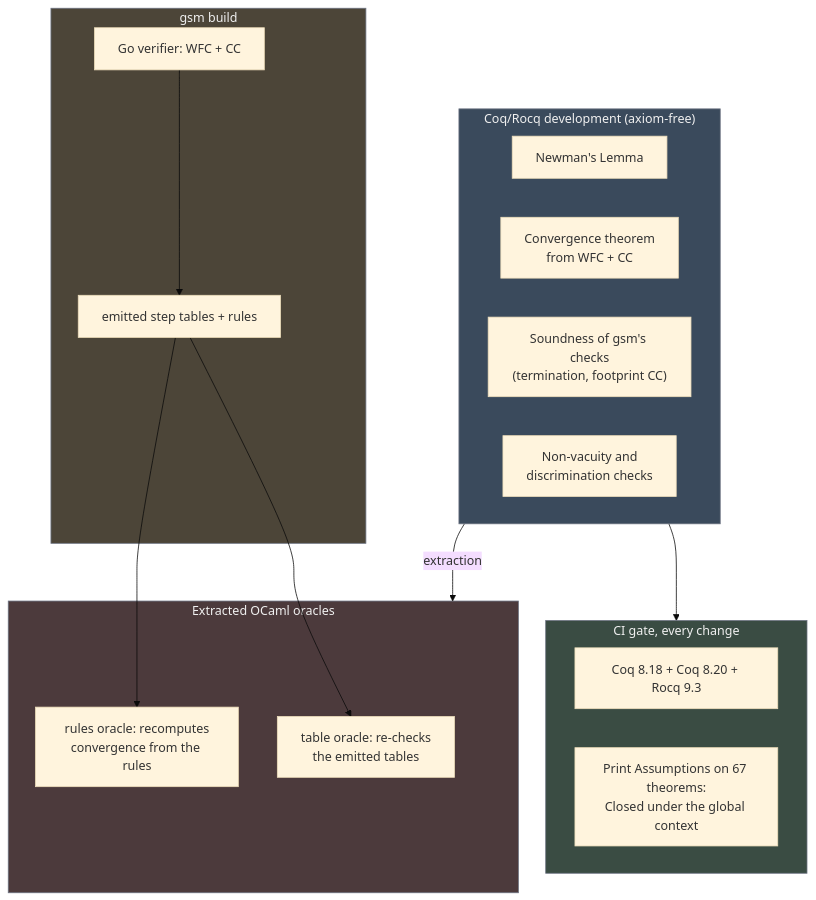
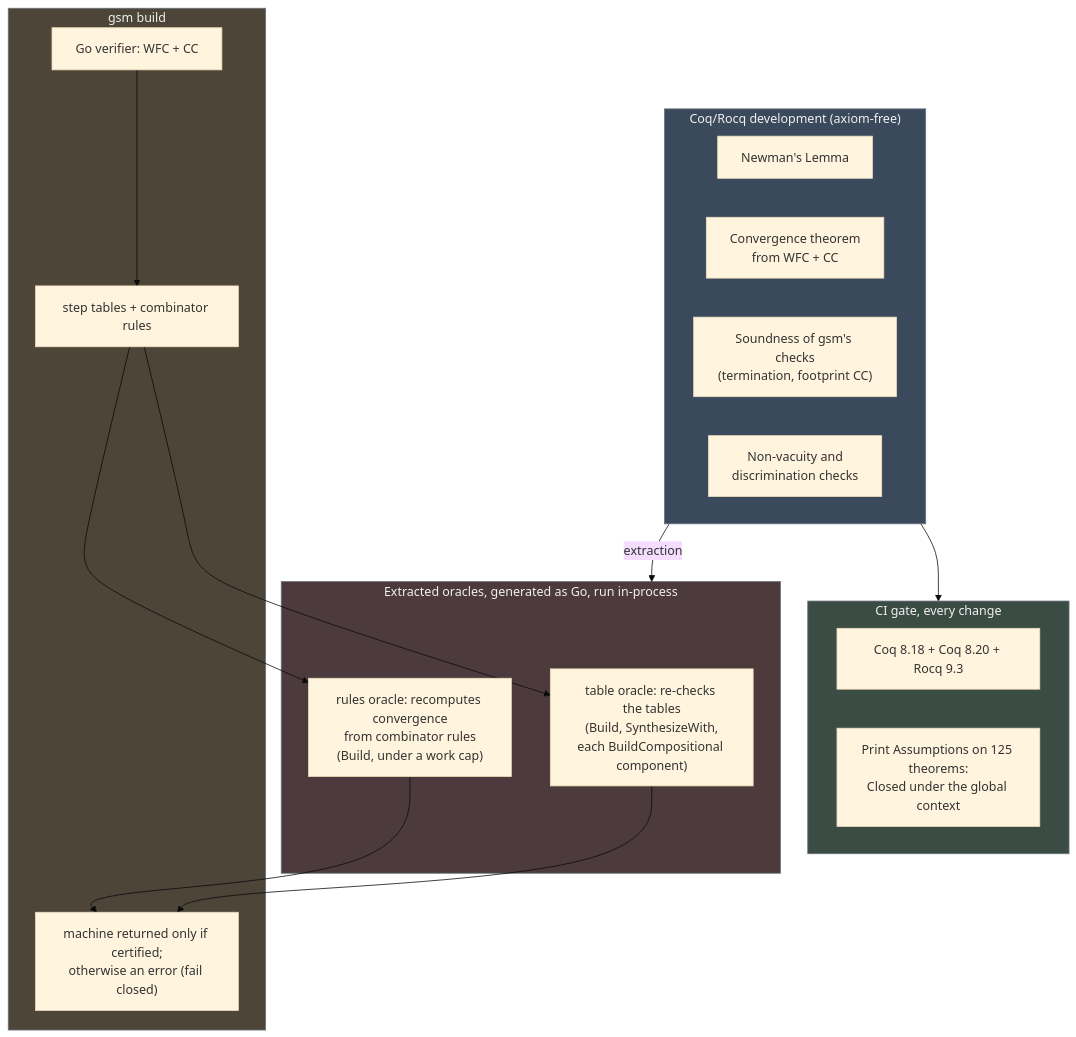
The third of 3 diagrams in content/posts/provable-determinism-agent-state.md (blackwell-systems/blog), drawn with Mermaid (base theme) before and after one commit. The commit also changed other lines of this file, not shown here.

First line of the commit message:
Update provable determinism post: 125 theorems, causal delivery, oracle gate scope

```diff
--- a/content/posts/provable-determinism-agent-state.md
+++ b/content/posts/provable-determinism-agent-state.md
@@ -125,31 +150,34 @@
 {{< mermaid >}}
 flowchart TB
     subgraph proof["Coq/Rocq development (axiom-free)"]
         nw["Newman's Lemma"]
         gov["Convergence theorem<br/>from WFC + CC"]
         snd["Soundness of gsm's checks<br/>(termination, footprint CC)"]
         def["Non-vacuity and<br/>discrimination checks"]
     end
     subgraph ci["CI gate, every change"]
         tc["Coq 8.18 + Coq 8.20 + Rocq 9.3"]
-        pa["Print Assumptions on 67 theorems:<br/>Closed under the global context"]
+        pa["Print Assumptions on 125 theorems:<br/>Closed under the global context"]
     end
     subgraph engine["gsm build"]
         go["Go verifier: WFC + CC"]
-        tables["emitted step tables + rules"]
+        tables["step tables + combinator rules"]
+        out["machine returned only if certified;<br/>otherwise an error (fail closed)"]
     end
-    subgraph oracles["Extracted OCaml oracles"]
-        o1["table oracle: re-checks<br/>the emitted tables"]
-        o2["rules oracle: recomputes<br/>convergence from the rules"]
+    subgraph oracles["Extracted oracles, generated as Go, run in-process"]
+        o1["table oracle: re-checks the tables<br/>(Build, SynthesizeWith,<br/>each BuildCompositional component)"]
+        o2["rules oracle: recomputes convergence<br/>from combinator rules<br/>(Build, under a work cap)"]
     end
     proof --> ci
     proof -->|"extraction"| oracles
     go --> tables
     tables --> o1
     tables --> o2
+    o1 --> out
+    o2 --> out
 
     style proof fill:#3A4A5C,stroke:#6b7280,color:#f0f0f0
     style ci fill:#3A4C43,stroke:#6b7280,color:#f0f0f0
     style engine fill:#4C4538,stroke:#6b7280,color:#f0f0f0
     style oracles fill:#4C3A3C,stroke:#6b7280,color:#f0f0f0
 {{< /mermaid >}}
```
